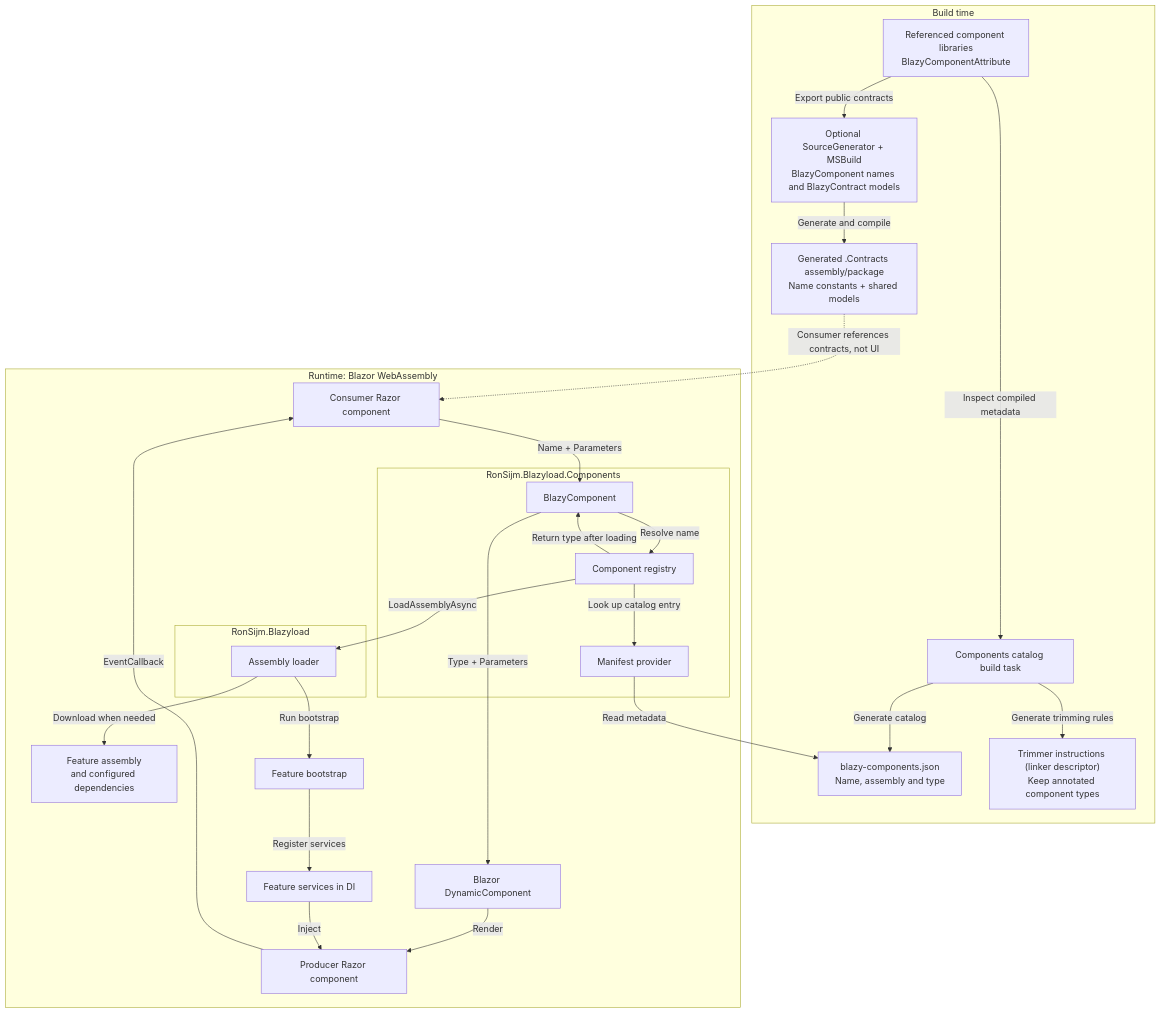
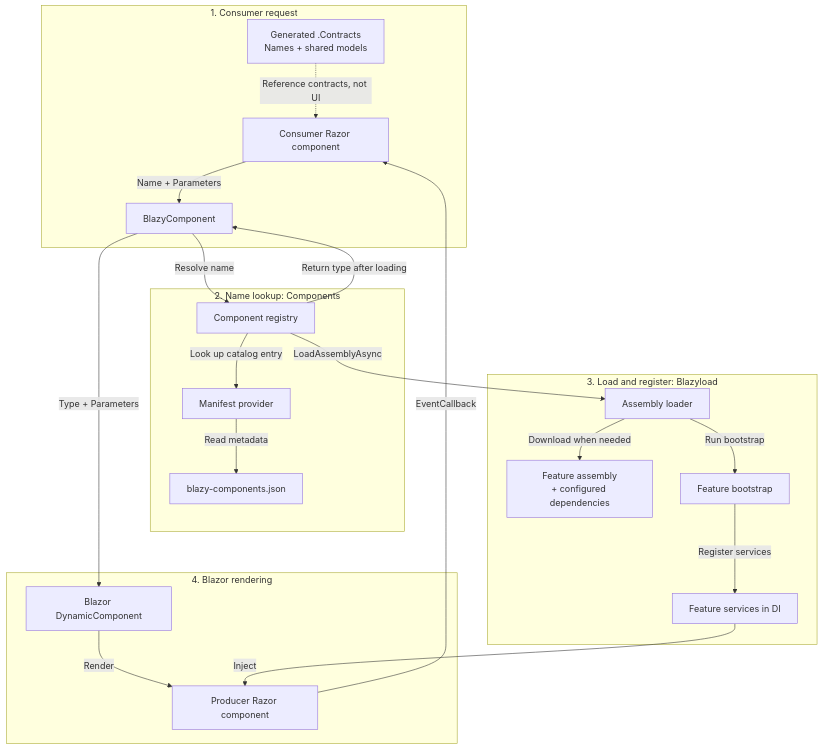
Before and after one commit to RonSijm/RonSijm.Blazyload.Components: the second of 2 diagrams in README.md, drawn with Mermaid. The commit also changed other lines of this file and 35 other files, not shown here.

````diff
--- a/README.md
+++ b/README.md
@@ -125,51 +153,41 @@
 ```mermaid
 flowchart TB
-    subgraph build["Build time"]
-        libraries["Referenced component libraries<br/>BlazyComponentAttribute"]
-        task["Components catalog build task"]
-        manifest["blazy-components.json<br/>Name, assembly and type"]
-        linker["Trimmer instructions (linker descriptor)<br/>Keep annotated component types"]
-        exports["Optional SourceGenerator + MSBuild<br/>BlazyComponent names and BlazyContract models"]
-        contracts["Generated .Contracts assembly/package<br/>Name constants + shared models"]
-        libraries -->|"Inspect compiled metadata"| task
-        libraries -->|"Export public contracts"| exports
-        exports -->|"Generate and compile"| contracts
-        task -->|"Generate catalog"| manifest
-        task -->|"Generate trimming rules"| linker
+    subgraph request["1. Consumer request"]
+        consumer["Consumer Razor component"]
+        contracts["Generated .Contracts<br/>Names + shared models"]
+        wrapper["BlazyComponent"]
+        consumer -->|"Name + Parameters"| wrapper
+        contracts -.->|"Reference contracts, not UI"| consumer
     end
 
-    subgraph browser["Runtime: Blazor WebAssembly"]
-        consumer["Consumer Razor component"]
+    subgraph lookup["2. Name lookup: Components"]
+        registry["Component registry"]
+        provider["Manifest provider"]
+        manifest["blazy-components.json"]
+        registry -->|"Look up catalog entry"| provider
+        provider -->|"Read metadata"| manifest
+    end
 
-        subgraph components["RonSijm.Blazyload.Components"]
-            wrapper["BlazyComponent"]
-            registry["Component registry"]
-            provider["Manifest provider"]
-        end
-
-        subgraph core["RonSijm.Blazyload"]
-            loader["Assembly loader"]
-        end
-
-        assemblies["Feature assembly<br/>and configured dependencies"]
+    subgraph loading["3. Load and register: Blazyload"]
+        loader["Assembly loader"]
+        assemblies["Feature assembly<br/>+ configured dependencies"]
         bootstrap["Feature bootstrap"]
         services["Feature services in DI"]
-        renderer["Blazor DynamicComponent"]
-        producer["Producer Razor component"]
-
-        consumer -->|"Name + Parameters"| wrapper
-        contracts -.->|"Consumer references contracts, not UI"| consumer
-        wrapper -->|"Resolve name"| registry
-        registry -->|"Look up catalog entry"| provider
-        provider -->|"Read metadata"| manifest
-        registry -->|"LoadAssemblyAsync"| loader
         loader -->|"Download when needed"| assemblies
         loader -->|"Run bootstrap"| bootstrap
         bootstrap -->|"Register services"| services
-        registry -->|"Return type after loading"| wrapper
-        wrapper -->|"Type + Parameters"| renderer
+    end
+
+    subgraph rendering["4. Blazor rendering"]
+        renderer["Blazor DynamicComponent"]
+        producer["Producer Razor component"]
         renderer -->|"Render"| producer
-        services -->|"Inject"| producer
-        producer -->|"EventCallback"| consumer
     end
+
+    wrapper -->|"Resolve name"| registry
+    registry -->|"LoadAssemblyAsync"| loader
+    registry -->|"Return type after loading"| wrapper
+    wrapper -->|"Type + Parameters"| renderer
+    services -->|"Inject"| producer
+    producer -->|"EventCallback"| consumer
 ```
````
